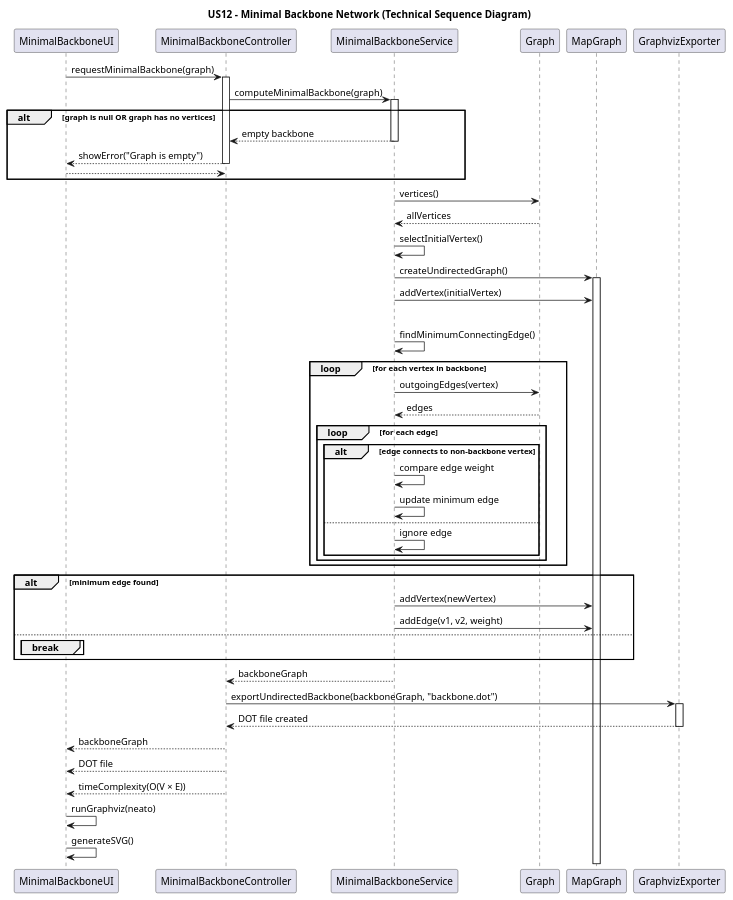
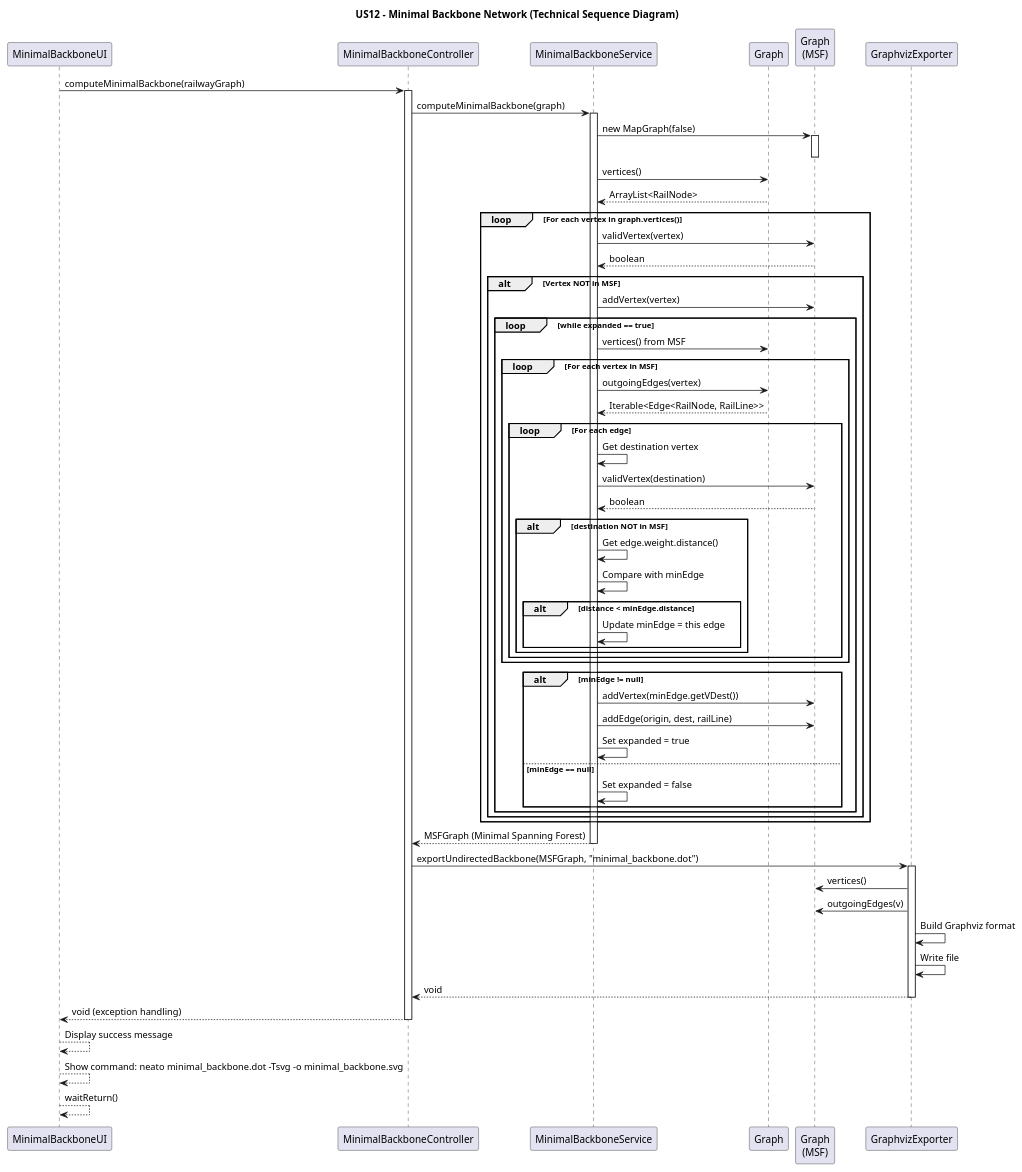
Before and after one commit to RicardoGuimaraes1212125/ESINF_25-26_1212125: the diagram in src/docs/USE12/USE12_sd.puml, drawn with PlantUML.

Commit message:
update on us12 SD

```diff
--- a/src/docs/USE12/USE12_sd.puml
+++ b/src/docs/USE12/USE12_sd.puml
@@ -1,76 +1,87 @@
 @startuml
 
 title US12 - Minimal Backbone Network (Technical Sequence Diagram)
 
 participant MinimalBackboneUI as UI
 participant MinimalBackboneController as Controller
 participant MinimalBackboneService as Service
-participant Graph as Graph
-participant MapGraph as Backbone
+participant Graph as InputGraph
+participant "Graph\n(MSF)" as MSFGraph
 participant GraphvizExporter as Exporter
 
-UI -> Controller : requestMinimalBackbone(graph)
+UI -> Controller : computeMinimalBackbone(railwayGraph)
 activate Controller
 
 Controller -> Service : computeMinimalBackbone(graph)
 activate Service
 
-alt graph is null OR graph has no vertices
-    Service --> Controller : empty backbone
-    deactivate Service
-    Controller --> UI : showError("Graph is empty")
-    deactivate Controller
-    return
-end
+Service -> MSFGraph : new MapGraph(false)
+activate MSFGraph
+deactivate MSFGraph
 
-Service -> Graph : vertices()
-Graph --> Service : allVertices
+Service -> InputGraph : vertices()
+InputGraph --> Service : ArrayList<RailNode>
 
-Service -> Service : selectInitialVertex()
-Service -> Backbone : createUndirectedGraph()
-activate Backbone
-
-Service -> Backbone : addVertex(initialVertex)
-
-loop while backbone.size < graph.vertices.size
-    Service -> Service : findMinimumConnectingEdge()
-
-    loop for each vertex in backbone
-        Service -> Graph : outgoingEdges(vertex)
-        Graph --> Service : edges
-
-        loop for each edge
-            alt edge connects to non-backbone vertex
-                Service -> Service : compare edge weight
-                Service -> Service : update minimum edge
-            else
-                Service -> Service : ignore edge
+loop For each vertex in graph.vertices()
+    Service -> MSFGraph : validVertex(vertex)
+    MSFGraph --> Service : boolean
+    
+    alt Vertex NOT in MSF
+        Service -> MSFGraph : addVertex(vertex)
+        
+        loop while expanded == true
+            Service -> InputGraph : vertices() from MSF
+            
+            loop For each vertex in MSF
+                Service -> InputGraph : outgoingEdges(vertex)
+                InputGraph --> Service : Iterable<Edge<RailNode, RailLine>>
+                
+                loop For each edge
+                    Service -> Service : Get destination vertex
+                    Service -> MSFGraph : validVertex(destination)
+                    MSFGraph --> Service : boolean
+                    
+                    alt destination NOT in MSF
+                        Service -> Service : Get edge.weight.distance()
+                        Service -> Service : Compare with minEdge
+                        alt distance < minEdge.distance
+                            Service -> Service : Update minEdge = this edge
+                        end
+                    end
+                end
+            end
+            
+            alt minEdge != null
+                Service -> MSFGraph : addVertex(minEdge.getVDest())
+                Service -> MSFGraph : addEdge(origin, dest, railLine)
+                Service -> Service : Set expanded = true
+            else minEdge == null
+                Service -> Service : Set expanded = false
             end
         end
     end
-
-    alt minimum edge found
-        Service -> Backbone : addVertex(newVertex)
-        Service -> Backbone : addEdge(v1, v2, weight)
-    else
-        break
-    end
 end
 
-Service --> Controller : backboneGraph
+Service --> Controller : MSFGraph (Minimal Spanning Forest)
 deactivate Service
 
-Controller -> Exporter : exportUndirectedBackbone(backboneGraph, "backbone.dot")
+Controller -> Exporter : exportUndirectedBackbone(MSFGraph, "minimal_backbone.dot")
 activate Exporter
-Exporter --> Controller : DOT file created
+
+Exporter -> MSFGraph : vertices()
+Exporter -> MSFGraph : outgoingEdges(v)
+
+Exporter -> Exporter : Build Graphviz format
+Exporter -> Exporter : Write file
+
+Exporter --> Controller : void
 deactivate Exporter
 
-Controller --> UI : backboneGraph
-Controller --> UI : DOT file
-Controller --> UI : timeComplexity(O(V × E))
+Controller --> UI : void (exception handling)
 deactivate Controller
 
-UI -> UI : runGraphviz(neato)
-UI -> UI : generateSVG()
+UI --> UI : Display success message
+UI --> UI : Show command: neato minimal_backbone.dot -Tsvg -o minimal_backbone.svg
+UI --> UI : waitReturn()
 
 @enduml
```
